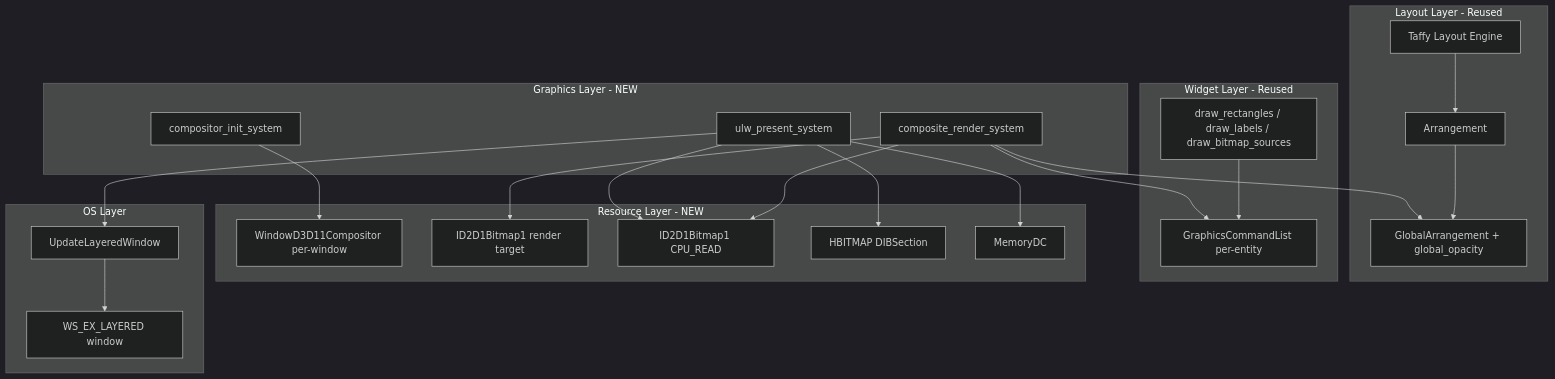
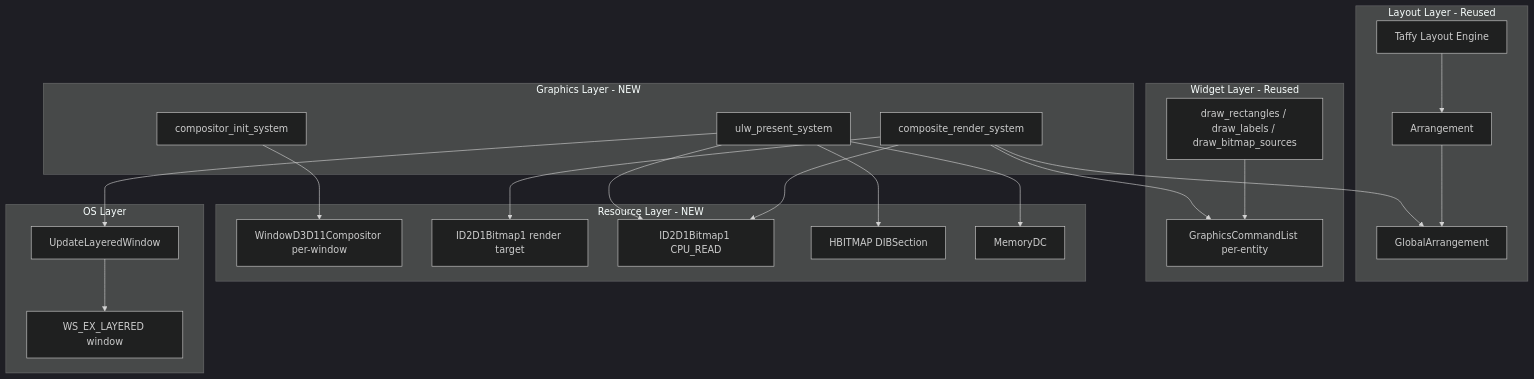
One commit to ekicyou/areka changed the first of 6 diagrams in .kiro/specs/wintf-dcomp-to-layered-migration/design.md. Above: the diagram before and after it, drawn with Mermaid (dark theme). The commit also changed other lines of this file and 12 other files, not shown here.

````diff
--- a/.kiro/specs/wintf-dcomp-to-layered-migration/design.md
+++ b/.kiro/specs/wintf-dcomp-to-layered-migration/design.md
@@ -63,47 +63,47 @@
 ```mermaid
 graph TB
     subgraph Layout Layer - Reused
         Arrangement[Arrangement]
-        GlobalArrangement[GlobalArrangement + global_opacity]
+        GlobalArrangement[GlobalArrangement]
         TaffyLayout[Taffy Layout Engine]
     end
 
     subgraph Widget Layer - Reused
         WidgetSystems[draw_rectangles / draw_labels / draw_bitmap_sources]
         GraphicsCommandList[GraphicsCommandList per-entity]
     end
 
     subgraph Graphics Layer - NEW
         CompositorInit[compositor_init_system]
         CompositeRender[composite_render_system]
         ULWPresent[ulw_present_system]
     end
 
     subgraph Resource Layer - NEW
         WindowD3D11Compositor[WindowD3D11Compositor per-window]
         CompositionBitmap[ID2D1Bitmap1 render target]
         StagingBitmap[ID2D1Bitmap1 CPU_READ]
         HBITMAP_DIB[HBITMAP DIBSection]
         MemoryDC[MemoryDC]
     end
 
     subgraph OS Layer
         ULW[UpdateLayeredWindow]
         WS_EX_LAYERED[WS_EX_LAYERED window]
     end
 
     TaffyLayout --> Arrangement
     Arrangement --> GlobalArrangement
     WidgetSystems --> GraphicsCommandList
 
     CompositorInit --> WindowD3D11Compositor
     CompositeRender --> GlobalArrangement
     CompositeRender --> GraphicsCommandList
     CompositeRender --> CompositionBitmap
     CompositeRender --> StagingBitmap
     ULWPresent --> StagingBitmap
     ULWPresent --> HBITMAP_DIB
     ULWPresent --> MemoryDC
     ULWPresent --> ULW
     ULW --> WS_EX_LAYERED
 ```
````
